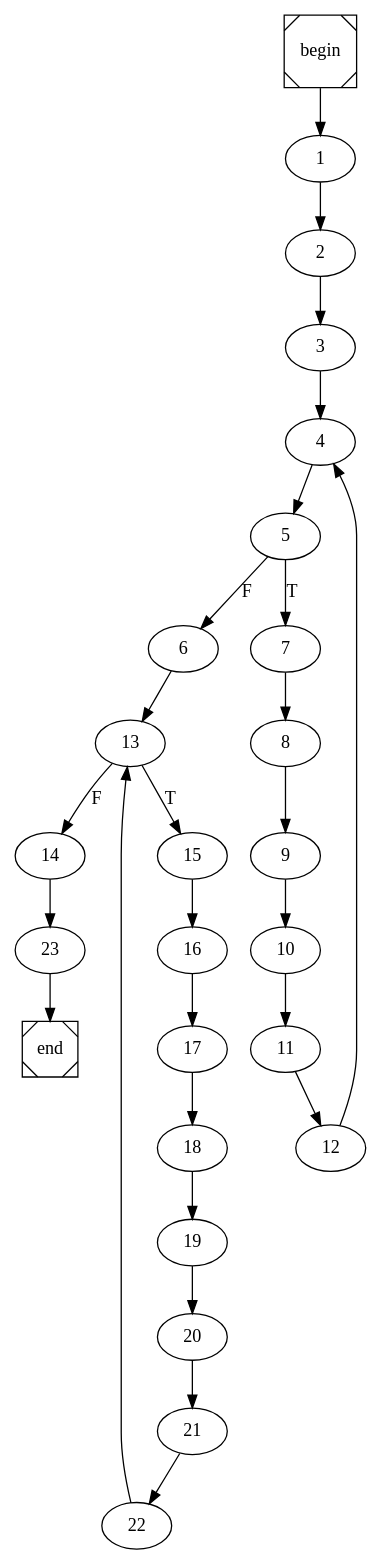
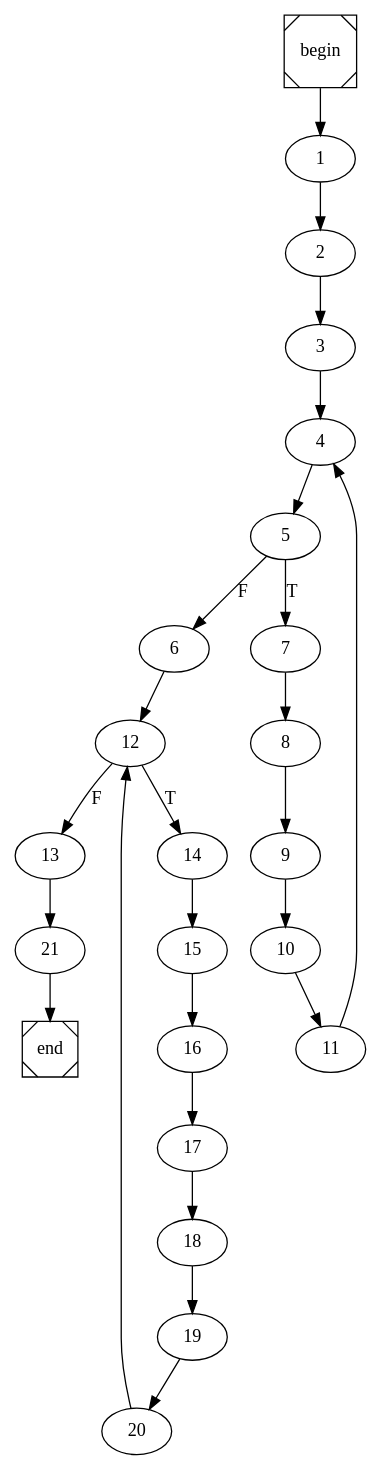
The diagram in beLazy.dot (arubenruben/JMM-Compiler), drawn with Graphviz before and after one commit. The commit also changed 11 other files, not shown here.

```diff
--- a/beLazy.dot
+++ b/beLazy.dot
@@ -1,4 +1,4 @@
 digraph cfg {
 	begin [shape=Msquare];
 	end [shape=Msquare];
-	begin -> 1;	1 -> 2;	2 -> 3;	3 -> 4;	4 -> 5;	5 -> 7[label=T];	5 -> 6[label=F];	6 -> 13;	7 -> 8;	8 -> 9;	9 -> 10;	10 -> 11;	11 -> 12;	12 -> 4;	13 -> 15[label=T];	13 -> 14[label=F];	14 -> 23;	15 -> 16;	16 -> 17;	17 -> 18;	18 -> 19;	19 -> 20;	20 -> 21;	21 -> 22;	22 -> 13;	23 -> end;}
+	begin -> 1;	1 -> 2;	2 -> 3;	3 -> 4;	4 -> 5;	5 -> 7[label=T];	5 -> 6[label=F];	6 -> 12;	7 -> 8;	8 -> 9;	9 -> 10;	10 -> 11;	11 -> 4;	12 -> 14[label=T];	12 -> 13[label=F];	13 -> 21;	14 -> 15;	15 -> 16;	16 -> 17;	17 -> 18;	18 -> 19;	19 -> 20;	20 -> 12;	21 -> end;}
```
